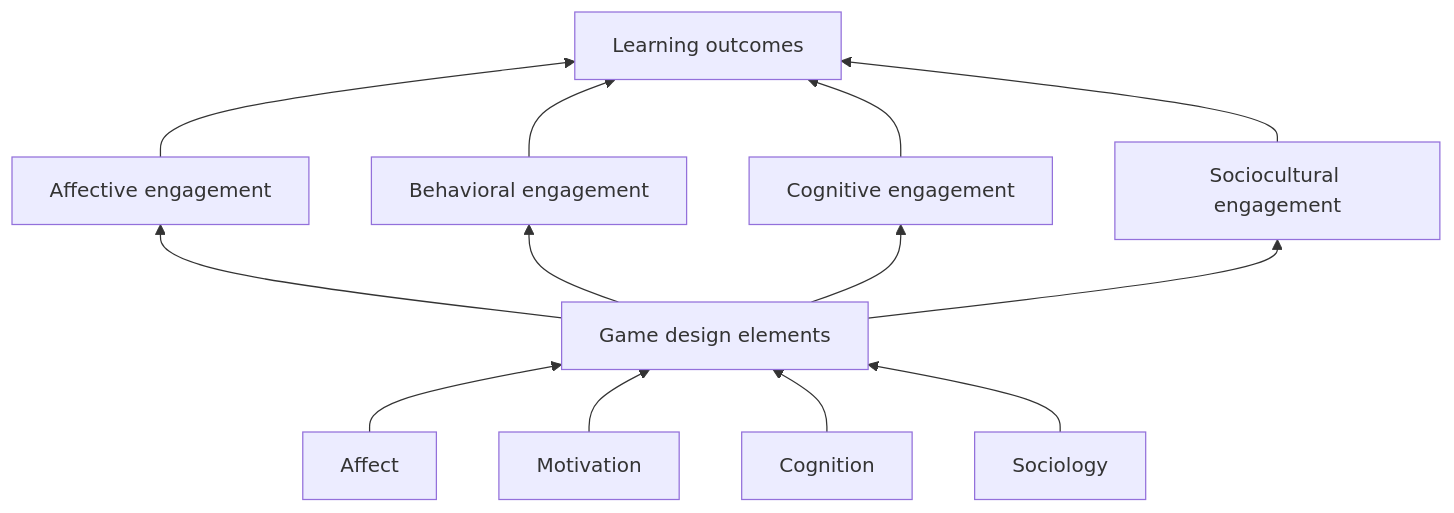
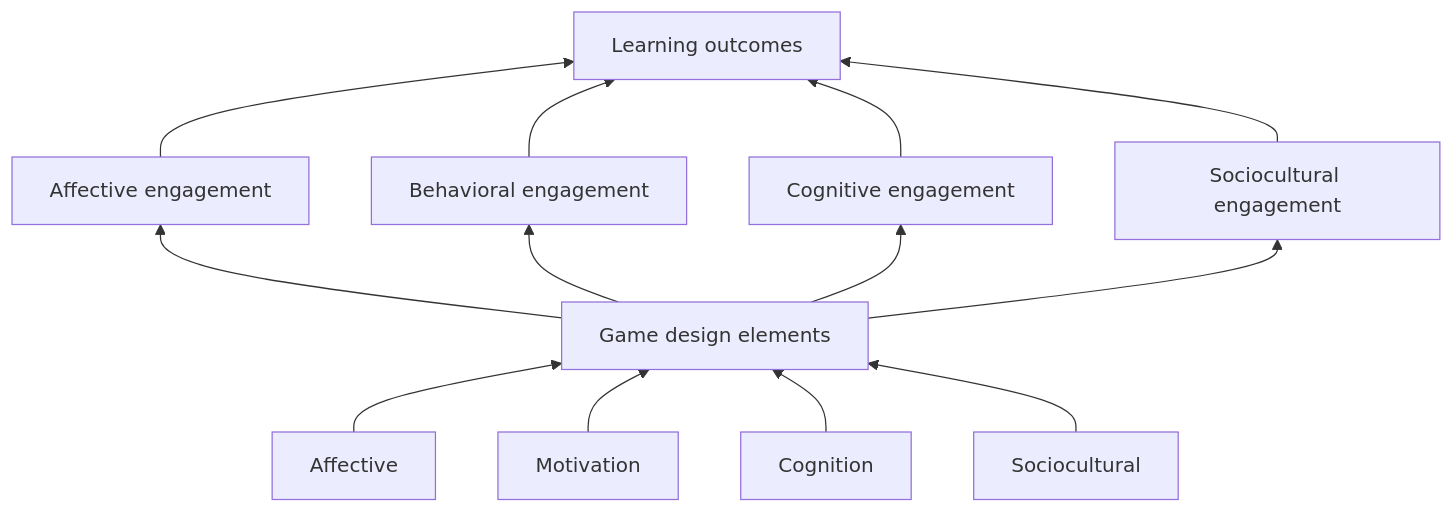
One commit to RobinBoers/uni.geheimesite.nl changed the second of 2 diagrams in OWW1/ICT/Samenvatting.md. Above: the diagram before and after it, drawn with Mermaid. The commit also changed other lines of this file, not shown here.

````diff
--- a/OWW1/ICT/Samenvatting.md
+++ b/OWW1/ICT/Samenvatting.md
@@ -200,17 +200,17 @@
 ```mermaid
 flowchart BT
     L[Learning outcomes]
     A[Affective engagement] --> L
     B[Behavioral engagement] --> L
     C[Cognitive engagement] --> L
     S[Sociocultural engagement] --> L
     G[Game design elements]
     G --> A
     G --> B
     G --> C
     G --> S
-    W[Affect] --> G
+    W[Affective] --> G
     X[Motivation] --> G
     Y[Cognition] --> G
-    Z[Sociology] --> G
+    Z[Sociocultural] --> G
 ```
````
